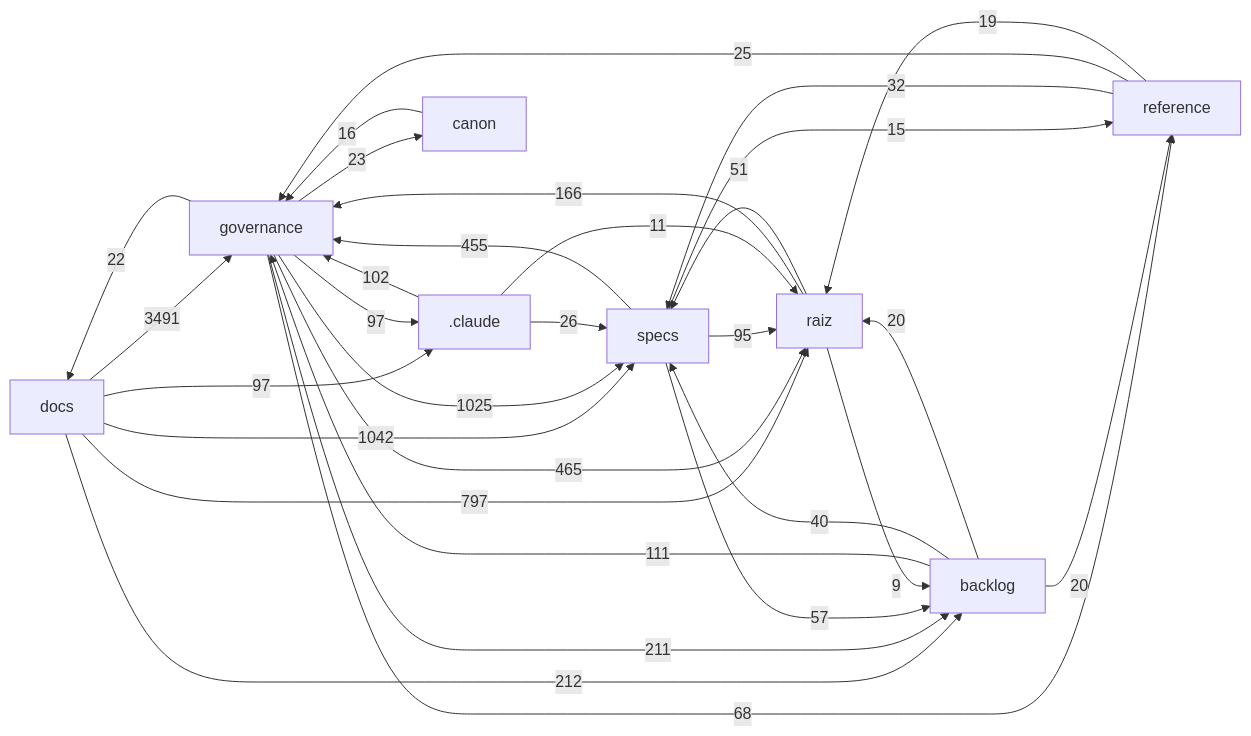
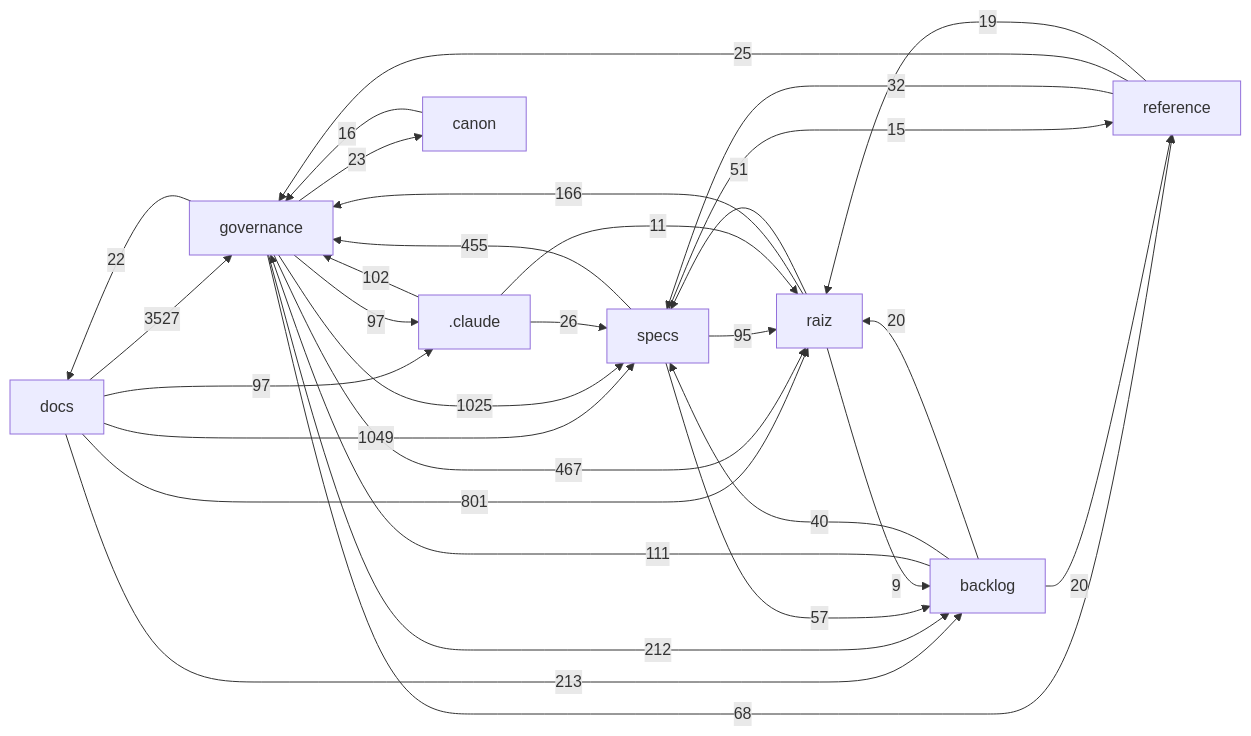
Before and after one commit to Andraus35/Sistema-Operacional-de-Trading--SOT: the diagram in docs/mapa/MAPA-PROJETO.md, drawn with Mermaid. The commit also changed other lines of this file and 4 other files, not shown here.

````diff
--- a/docs/mapa/MAPA-PROJETO.md
+++ b/docs/mapa/MAPA-PROJETO.md
@@ -29,33 +29,33 @@
 ```mermaid
 flowchart LR
-  docs["docs"] -->|3491| governance["governance"]
-  docs["docs"] -->|1042| specs["specs"]
+  docs["docs"] -->|3527| governance["governance"]
+  docs["docs"] -->|1049| specs["specs"]
   governance["governance"] -->|1025| specs["specs"]
-  docs["docs"] -->|797| raiz["raiz"]
-  governance["governance"] -->|465| raiz["raiz"]
+  docs["docs"] -->|801| raiz["raiz"]
+  governance["governance"] -->|467| raiz["raiz"]
   specs["specs"] -->|455| governance["governance"]
-  docs["docs"] -->|212| backlog["backlog"]
-  governance["governance"] -->|211| backlog["backlog"]
+  docs["docs"] -->|213| backlog["backlog"]
+  governance["governance"] -->|212| backlog["backlog"]
   raiz["raiz"] -->|166| governance["governance"]
   backlog["backlog"] -->|111| governance["governance"]
   _claude[".claude"] -->|102| governance["governance"]
   docs["docs"] -->|97| _claude[".claude"]
   governance["governance"] -->|97| _claude[".claude"]
   specs["specs"] -->|95| raiz["raiz"]
   governance["governance"] -->|68| reference["reference"]
   specs["specs"] -->|57| backlog["backlog"]
   raiz["raiz"] -->|51| specs["specs"]
   backlog["backlog"] -->|40| specs["specs"]
   reference["reference"] -->|32| specs["specs"]
   _claude[".claude"] -->|26| specs["specs"]
   reference["reference"] -->|25| governance["governance"]
   governance["governance"] -->|23| canon["canon"]
   governance["governance"] -->|22| docs["docs"]
   backlog["backlog"] -->|20| raiz["raiz"]
   backlog["backlog"] -->|20| reference["reference"]
   reference["reference"] -->|19| raiz["raiz"]
   canon["canon"] -->|16| governance["governance"]
   specs["specs"] -->|15| reference["reference"]
   _claude[".claude"] -->|11| raiz["raiz"]
   raiz["raiz"] -->|9| backlog["backlog"]
 ```
````
